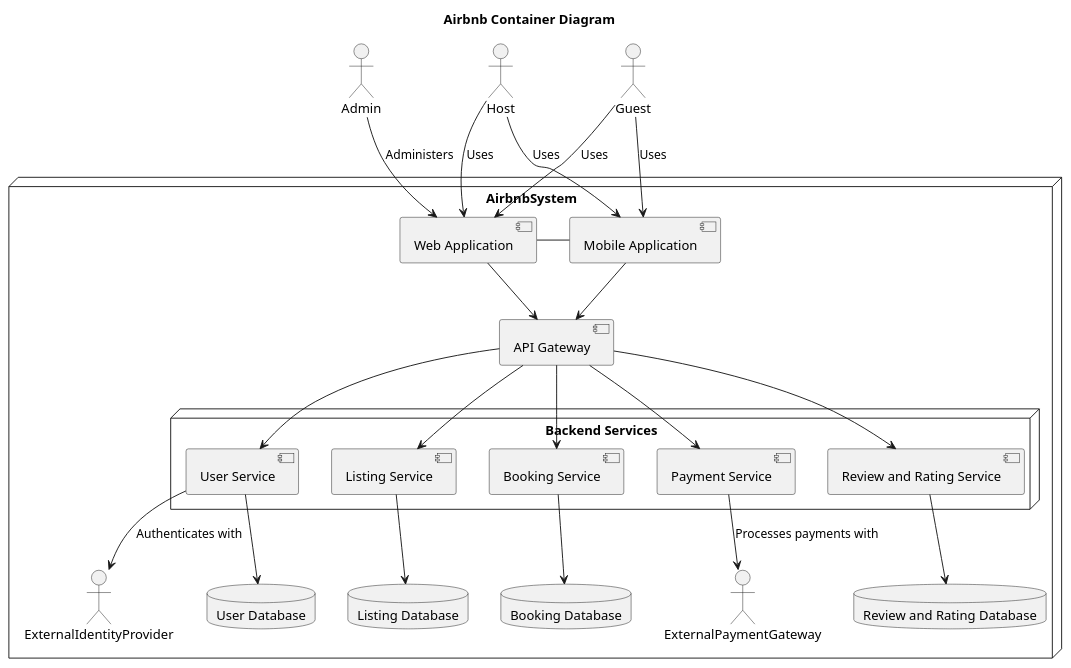
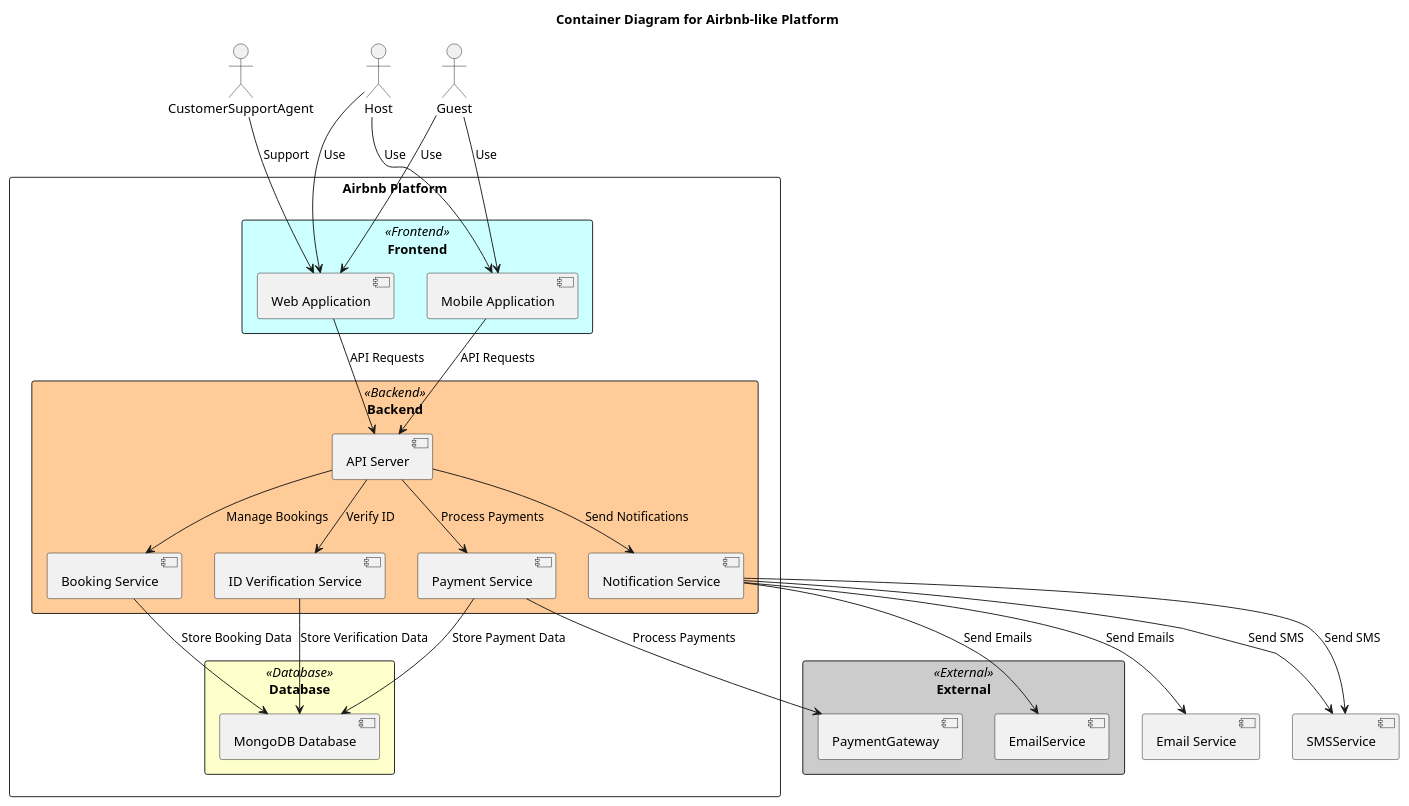
The diagram in Container.puml (SWENGG4Y2024/SWENGG4Y2024Team02), drawn with PlantUML before and after one commit.

```diff
--- a/Container.puml
+++ b/Container.puml
@@ -1,47 +1,65 @@
 @startuml
-title Airbnb Container Diagram
+
+title Container Diagram for Airbnb-like Platform
+
+skinparam rectangle {
+  BackgroundColor<< Frontend >> #CCFFFF
+  BackgroundColor<< Backend >> #FFCC99
+  BackgroundColor<< Database >> #FFFFCC
+  BackgroundColor<< External >> #CCCCCC
+}
 
 actor Guest
 actor Host
-actor Admin
+actor CustomerSupportAgent
 
-node AirbnbSystem {
-  [Web Application] - [Mobile Application]
-  [Web Application] --> [API Gateway]
-  [Mobile Application] --> [API Gateway]
-
-  node "Backend Services" {
-    [API Gateway] --> [User Service]
-    [API Gateway] --> [Listing Service]
-    [API Gateway] --> [Booking Service]
-    [API Gateway] --> [Payment Service]
-    [API Gateway] --> [Review and Rating Service]
+rectangle "Airbnb Platform" {
+  rectangle Frontend << Frontend >> {
+    [Web Application]
+    [Mobile Application]
   }
 
-  database "User Database" {
-    [User Service] --> [User Database]
+  rectangle Backend << Backend >> {
+    [API Server]
+    [ID Verification Service]
+    [Booking Service]
+    [Payment Service]
+    [Notification Service]
   }
 
-  database "Listing Database" {
-    [Listing Service] --> [Listing Database]
+  rectangle Database << Database >> {
+    [MongoDB Database]
   }
-
-  database "Booking Database" {
-    [Booking Service] --> [Booking Database]
-  }
-
-  database "Review and Rating Database" {
-    [Review and Rating Service] --> [Review and Rating Database]
-  }
-
-  [Payment Service] --> ExternalPaymentGateway : Processes payments with
-  [User Service] --> ExternalIdentityProvider : Authenticates with
 }
 
-Guest --> [Web Application] : Uses
-Guest --> [Mobile Application] : Uses
-Host --> [Web Application] : Uses
-Host --> [Mobile Application] : Uses
-Admin --> [Web Application] : Administers
+Guest -down-> [Web Application]: Use
+Guest -down-> [Mobile Application]: Use
+Host -down-> [Web Application]: Use
+Host -down-> [Mobile Application]: Use
+CustomerSupportAgent -down-> [Web Application]: Support
+
+[Web Application] -down-> [API Server]: API Requests
+[Mobile Application] -down-> [API Server]: API Requests
+
+[API Server] -down-> [ID Verification Service]: Verify ID
+[API Server] -down-> [Booking Service]: Manage Bookings
+[API Server] -down-> [Payment Service]: Process Payments
+[API Server] -down-> [Notification Service]: Send Notifications
+
+[ID Verification Service] -down-> [MongoDB Database]: Store Verification Data
+[Booking Service] -down-> [MongoDB Database]: Store Booking Data
+[Payment Service] -down-> [MongoDB Database]: Store Payment Data
+[Notification Service] -down-> [Email Service]: Send Emails
+[Notification Service] -down-> [SMSService]: Send SMS
+
+rectangle External << External >> {
+  [PaymentGateway]
+  [EmailService]
+  [SMSService]
+}
+
+[Payment Service] -down-> [PaymentGateway]: Process Payments
+[Notification Service] -down-> [EmailService]: Send Emails
+[Notification Service] -down-> [SMSService]: Send SMS
 
 @enduml
```
